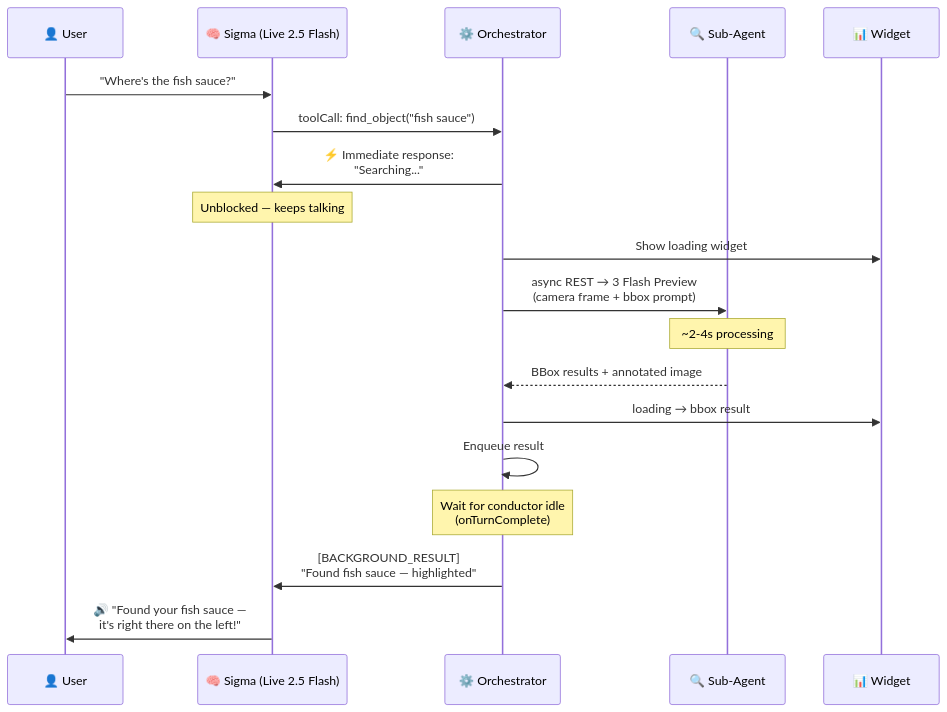
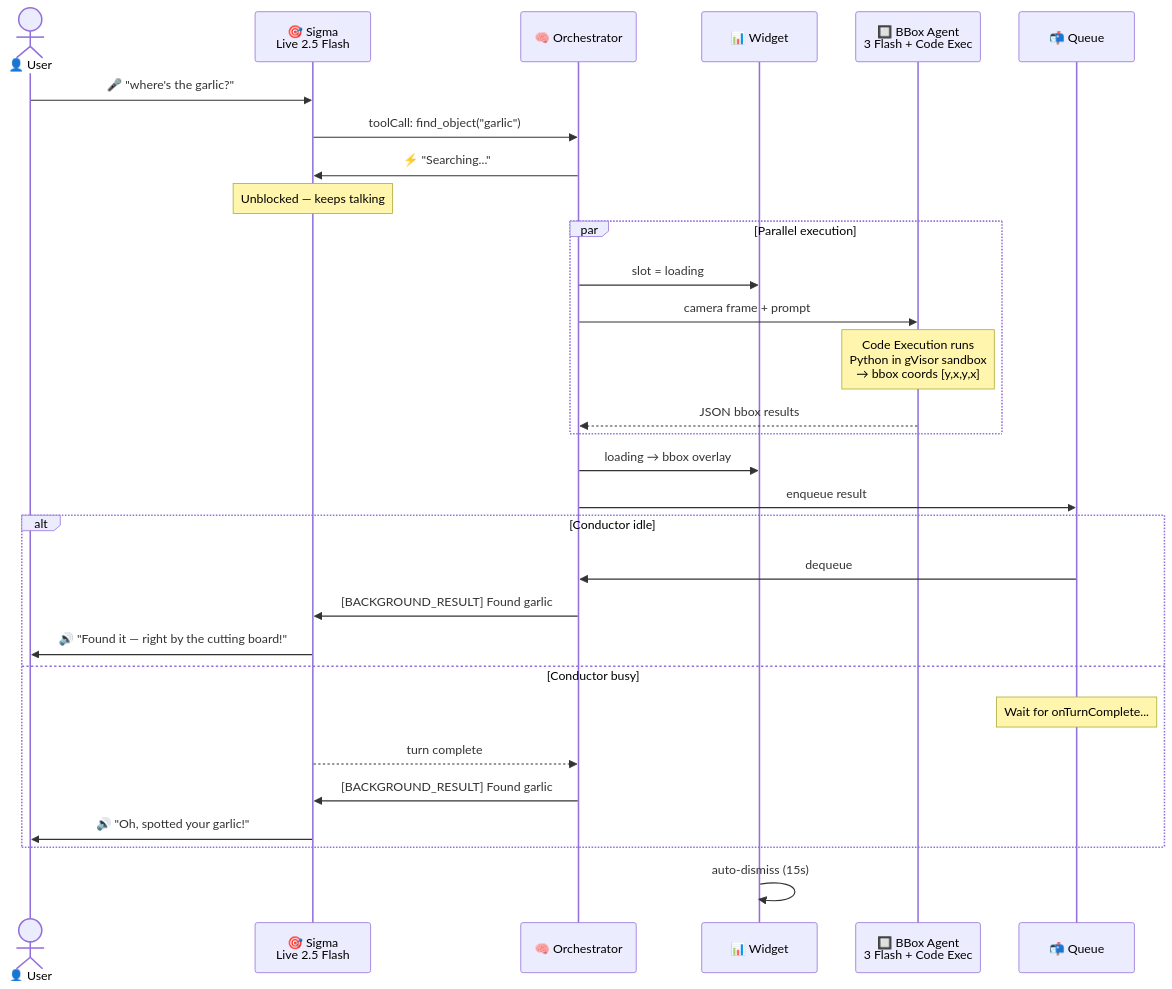
One commit to juliobellano/Sigma changed the third of 6 diagrams in README.md. Above: the diagram before and after it, drawn with Mermaid. The commit also changed other lines of this file, not shown here.

````diff
--- a/README.md
+++ b/README.md
@@ -374,27 +224,37 @@
 ```mermaid
 sequenceDiagram
-    participant U as 👤 User
-    participant S as 🧠 Sigma (Live 2.5 Flash)
-    participant O as ⚙️ Orchestrator
-    participant A as 🔍 Sub-Agent
+    actor U as 👤 User
+    participant S as 🎯 Sigma<br/>Live 2.5 Flash
+    participant O as 🧠 Orchestrator
     participant W as 📊 Widget
- 
-    U->>S: "Where's the fish sauce?"
-    S->>O: toolCall: find_object("fish sauce")
-    O->>S: ⚡ Immediate response:<br/>"Searching..."
+    participant A as 🔲 BBox Agent<br/>3 Flash + Code Exec
+    participant Q as 📬 Queue
+
+    U->>S: 🎤 "where's the garlic?"
+    S->>O: toolCall: find_object("garlic")
+    O->>S: ⚡ "Searching..."
     Note over S: Unblocked — keeps talking
- 
-    O->>W: Show loading widget
-    O->>A: async REST → 3 Flash Preview<br/>(camera frame + bbox prompt)
- 
-    Note over A: ~2-4s processing
- 
-    A-->>O: BBox results + annotated image
-    O->>W: loading → bbox result
-    O->>O: Enqueue result
- 
-    Note over O: Wait for conductor idle<br/>(onTurnComplete)
- 
-    O->>S: [BACKGROUND_RESULT]<br/>"Found fish sauce — highlighted"
-    S->>U: 🔊 "Found your fish sauce —<br/>it's right there on the left!"
+
+    par Parallel execution
+        O->>W: slot = loading
+        O->>A: camera frame + prompt
+        Note over A: Code Execution runs<br/>Python in gVisor sandbox<br/>→ bbox coords [y,x,y,x]
+        A-->>O: JSON bbox results
+    end
+
+    O->>W: loading → bbox overlay
+    O->>Q: enqueue result
+
+    alt Conductor idle
+        Q->>O: dequeue
+        O->>S: [BACKGROUND_RESULT] Found garlic
+        S->>U: 🔊 "Found it — right by the cutting board!"
+    else Conductor busy
+        Note over Q: Wait for onTurnComplete...
+        S-->>O: turn complete
+        O->>S: [BACKGROUND_RESULT] Found garlic
+        S->>U: 🔊 "Oh, spotted your garlic!"
+    end
+
+    W->>W: auto-dismiss (15s)
 ```
````
